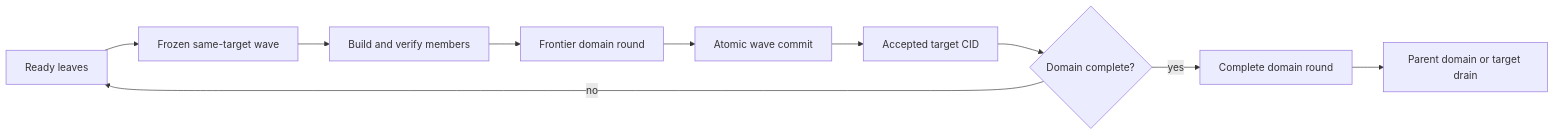
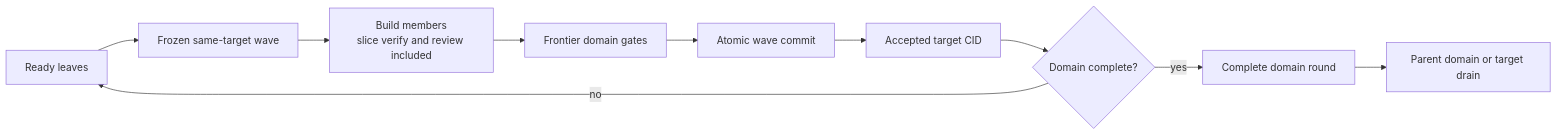
The second of 2 diagrams in rfcs/rfc-91-concurrent-execution.md (augentic/anvil), drawn with Mermaid before and after one commit. The commit also changed other lines of this file and 3 other files, not shown here.

````diff
--- a/rfcs/rfc-91-concurrent-execution.md
+++ b/rfcs/rfc-91-concurrent-execution.md
@@ -120,12 +438,12 @@
 ```mermaid
 flowchart LR
     A[Ready leaves] --> B[Frozen same-target wave]
-    B --> C[Build and verify members]
-    C --> D[Frontier domain round]
+    B --> C[Build members<br/>slice verify and review included]
+    C --> D[Frontier domain gates]
     D --> E[Atomic wave commit]
     E --> F[Accepted target CID]
     F --> G{Domain complete?}
     G -- no --> A
     G -- yes --> H[Complete domain round]
     H --> I[Parent domain or target drain]
 ```
````
